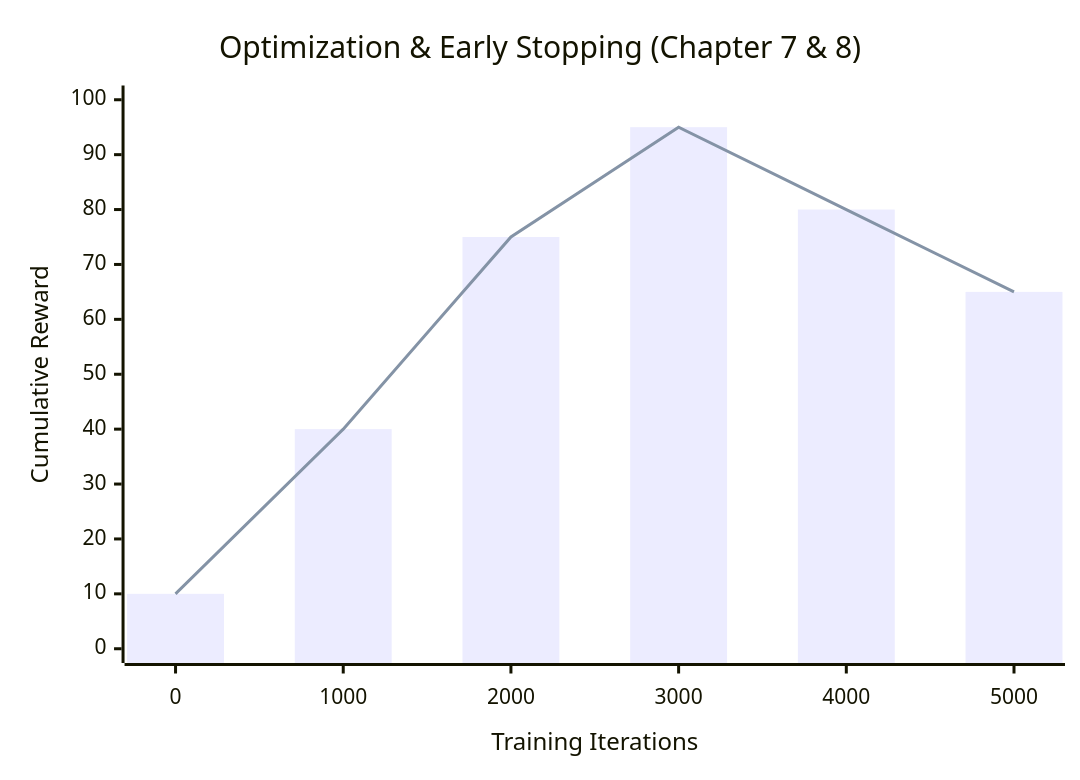
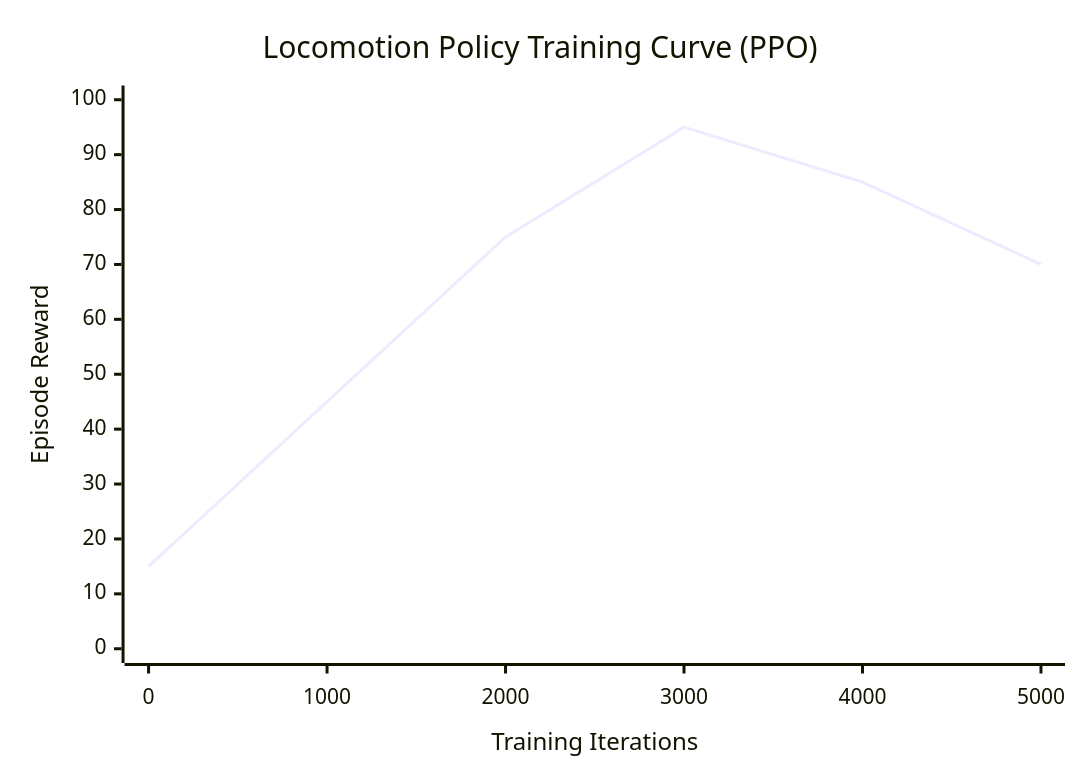
One commit to Glen02lee/isaac-go2-rl-training changed the third of 3 diagrams in README.md. Above: the diagram before and after it, drawn with Mermaid. The commit also changed other lines of this file and 1 other file, not shown here.

Commit message:
docs: improve table column wrapping and simplify Mermaid diagrams for readability

````diff
--- a/README.md
+++ b/README.md
@@ -191,8 +182,7 @@
 ```mermaid
 xychart-beta
-    title "Optimization & Early Stopping (Chapter 7 & 8)"
+    title "Locomotion Policy Training Curve (PPO)"
     x-axis "Training Iterations" [0, 1000, 2000, 3000, 4000, 5000]
-    y-axis "Cumulative Reward" 0 --> 100
-    bar [10, 40, 75, 95, 80, 65]
-    line [10, 40, 75, 95, 80, 65]
+    y-axis "Episode Reward" 0 --> 100
+    line [15, 45, 75, 95, 85, 70]
 ```
````
